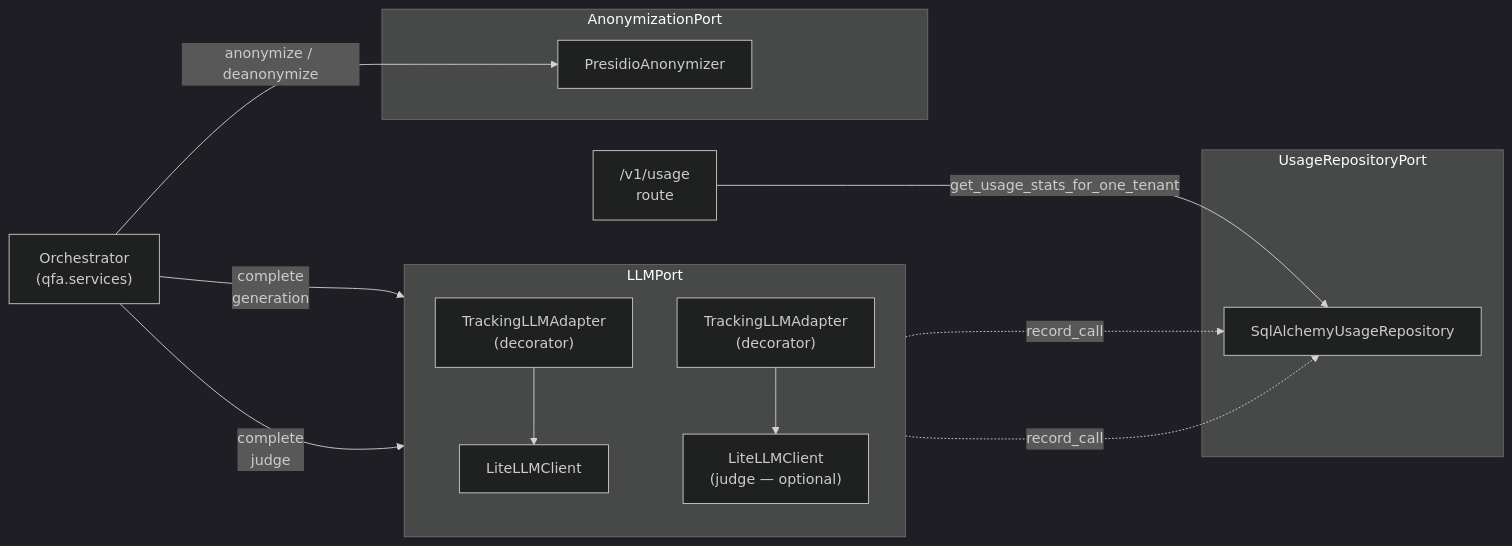
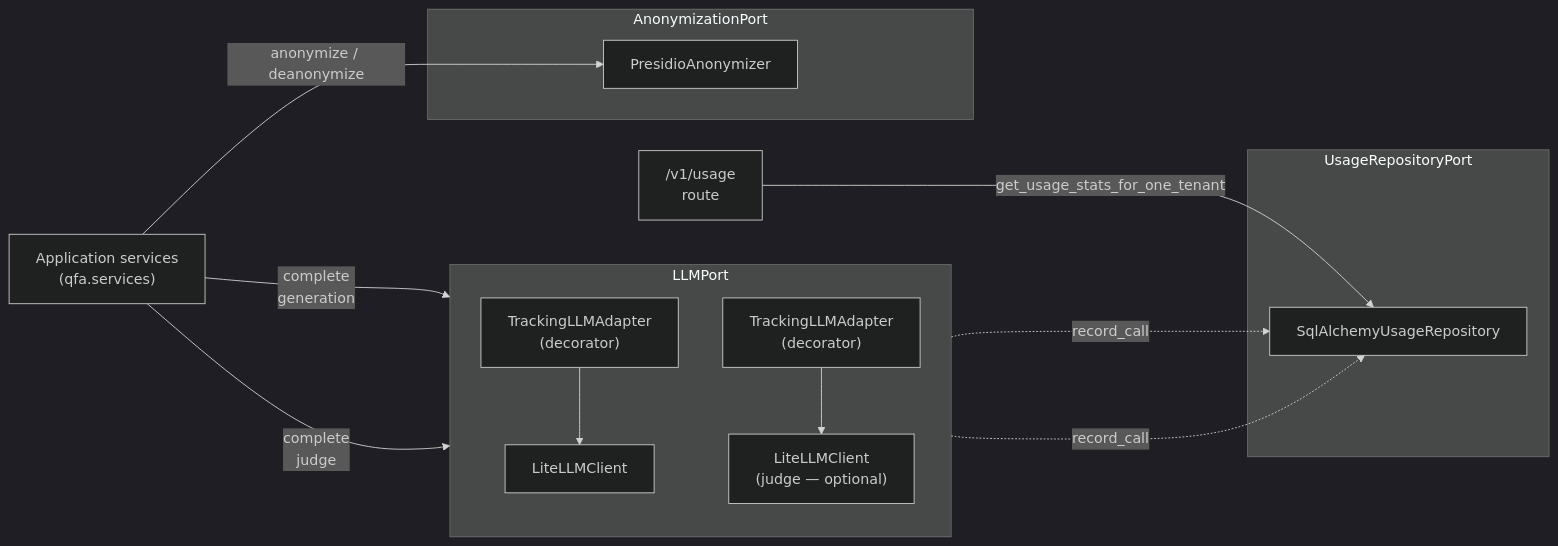
Before and after one commit to rodekruis/qualitative-feedback-analysis: the diagram in docs/architecture/03-components.md, drawn with Mermaid (dark theme). The commit also changed other lines of this file and 10 other files, not shown here.

First line of the commit message:
docs: refresh architecture and development docs after Orchestrator removal

````diff
--- a/docs/architecture/03-components.md
+++ b/docs/architecture/03-components.md
@@ -7,29 +7,29 @@
 ```mermaid
 flowchart LR
-    orch["Orchestrator<br/>(qfa.services)"]
+    svc["Application services<br/>(qfa.services)"]
 
     subgraph llmport["LLMPort"]
         direction TB
         tracking["TrackingLLMAdapter<br/>(decorator)"]
         litellm["LiteLLMClient"]
         tracking --> litellm
         judgetracking["TrackingLLMAdapter<br/>(decorator)"]
         judgelitellm["LiteLLMClient<br/>(judge — optional)"]
         judgetracking --> judgelitellm
     end
 
     subgraph anonport["AnonymizationPort"]
         presidio["PresidioAnonymizer"]
     end
 
     subgraph usageport["UsageRepositoryPort"]
         sqlrepo["SqlAlchemyUsageRepository"]
     end
 
-    orch -->|complete<br/>generation| tracking
-    orch -->|complete<br/>judge| judgetracking
-    orch -->|anonymize / deanonymize| presidio
+    svc -->|complete<br/>generation| tracking
+    svc -->|complete<br/>judge| judgetracking
+    svc -->|anonymize / deanonymize| presidio
     tracking -.->|record_call| sqlrepo
     judgetracking -.->|record_call| sqlrepo
     routes_usage["/v1/usage<br/>route"] -->|get_usage_stats_for_one_tenant| sqlrepo
 ```
````
